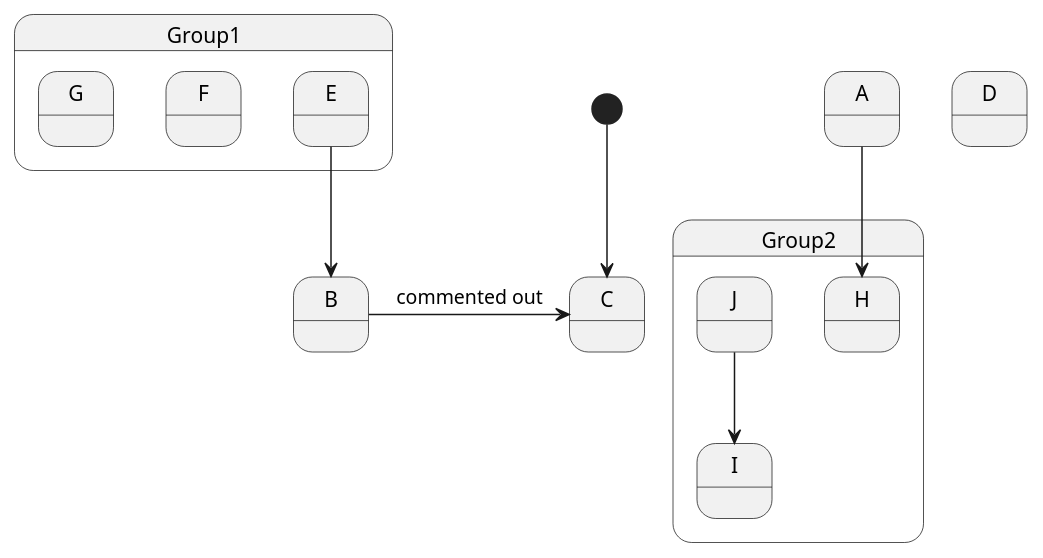
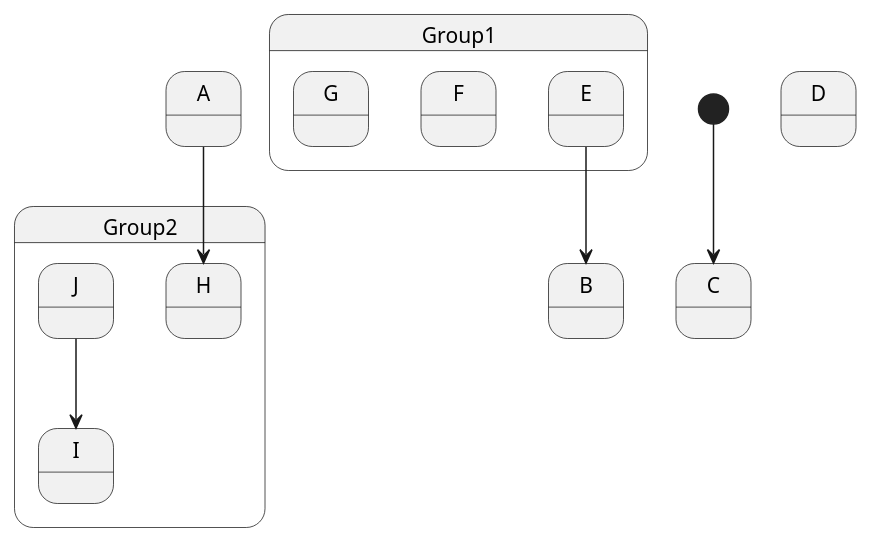
The diagram in diagram-test/groups.puml (Fantazzj/PlantUML-StateDiagram-to-cpp), drawn with PlantUML before and after one commit. The commit also changed 1 other file, not shown here.

```diff
--- a/diagram-test/groups.puml
+++ b/diagram-test/groups.puml
@@ -1,27 +1,33 @@
 @startuml
 
 state A
 state B
 state C
 state D
 
-state Group1 {
+'Group 1
+state Group1 { /'1'/
 state E
 state F
 state G
 }
 
-State Group2 {
+/'Group 2 '/
+State Group2 { /'2'/
 state H
 state I
 state J
 }
 
 [*] --> C
 A --> H
 J --> I
 E --> B
 
+/'
+
 B->C : commented out
 
+'/
+
 @enduml
```
